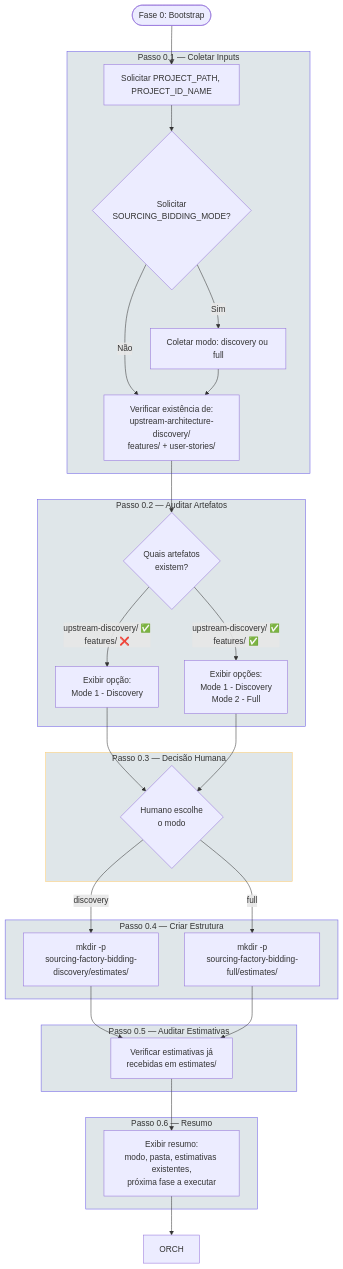
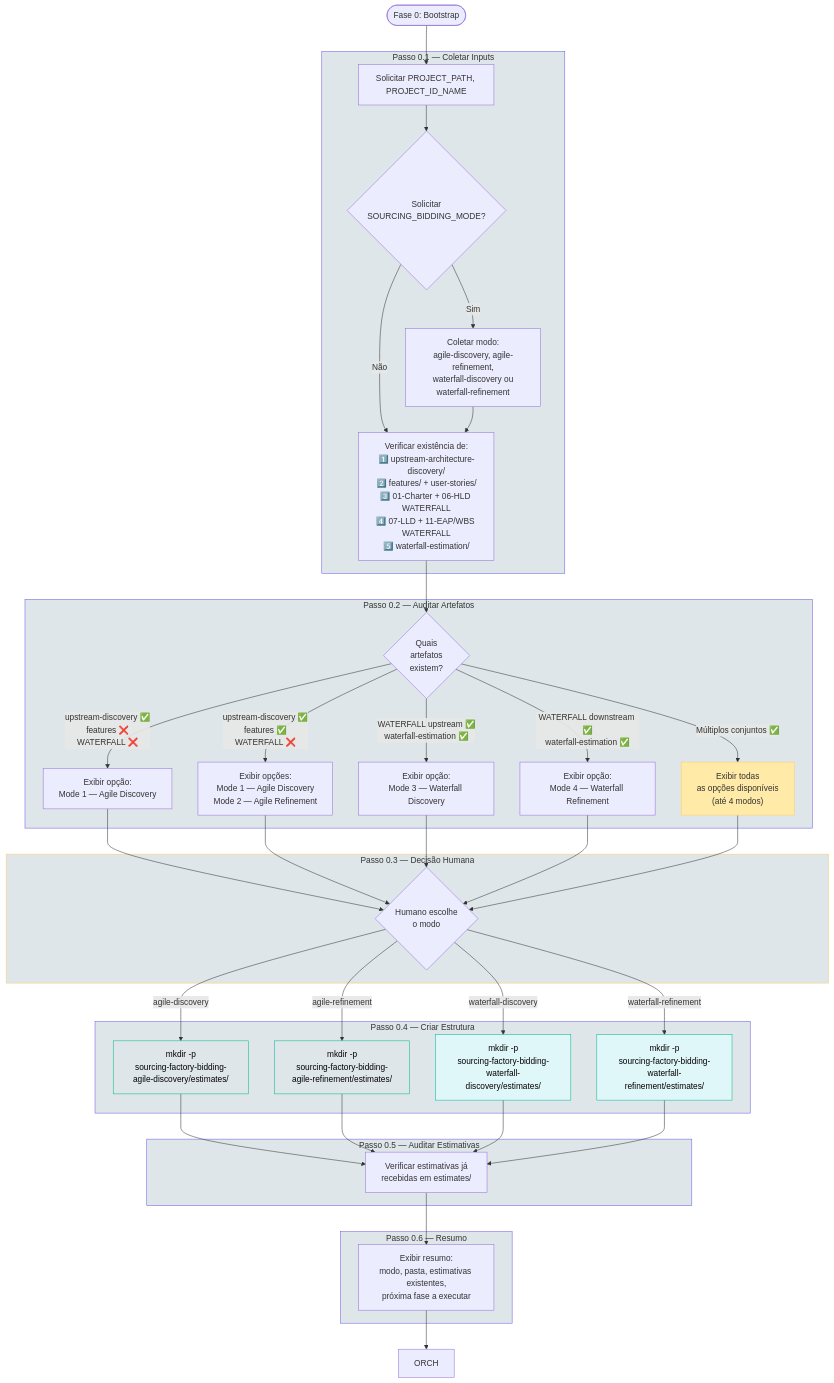
Before and after one commit to bolismar69/workspace-fbso: the second of 8 diagrams in .specs/prompts/sourcing-factory-bidding/FLOWCHART-PROMPT-ROADMAP-GENERATE-SOURCING-FACTORY-BIDDING.md, drawn with Mermaid. The commit also changed other lines of this file and 129 other files, not shown here.

````diff
--- a/.specs/prompts/sourcing-factory-bidding/FLOWCHART-PROMPT-ROADMAP-GENERATE-SOURCING-FACTORY-BIDDING.md
+++ b/.specs/prompts/sourcing-factory-bidding/FLOWCHART-PROMPT-ROADMAP-GENERATE-SOURCING-FACTORY-BIDDING.md
@@ -76,46 +85,62 @@
 ```mermaid
 flowchart TD
     F0_START([Fase 0: Bootstrap]) --> F0_1
 
     subgraph PASSO_01[Passo 0.1 — Coletar Inputs]
         F0_1[Solicitar PROJECT_PATH, PROJECT_ID_NAME] --> F0_1_OPT{Solicitar<br/>SOURCING_BIDDING_MODE?}
-        F0_1_OPT -->|Sim| F0_1_MODE[Coletar modo: discovery ou full]
+        F0_1_OPT -->|Sim| F0_1_MODE[Coletar modo:<br/>agile-discovery, agile-refinement,<br/>waterfall-discovery ou<br/>waterfall-refinement]
         F0_1_OPT -->|Não| F0_2
         F0_1_MODE --> F0_2
     end
 
     subgraph PASSO_02[Passo 0.2 — Auditar Artefatos]
-        F0_2[Verificar existência de:<br/>upstream-architecture-discovery/<br/>features/ + user-stories/] --> F0_2_DEC{Quais artefatos<br/>existem?}
+        F0_2["Verificar existência de:<br/>1️⃣ upstream-architecture-discovery/<br/>2️⃣ features/ + user-stories/<br/>3️⃣ 01-Charter + 06-HLD WATERFALL<br/>4️⃣ 07-LLD + 11-EAP/WBS WATERFALL<br/>5️⃣ waterfall-estimation/"] --> F0_2_DEC{"Quais<br/>artefatos<br/>existem?"}
 
-        F0_2_DEC -->|"upstream-discovery/ ✅<br/>features/ ❌"| F0_3A[Exibir opção:<br/>Mode 1 - Discovery]
-        F0_2_DEC -->|"upstream-discovery/ ✅<br/>features/ ✅"| F0_3B[Exibir opções:<br/>Mode 1 - Discovery<br/>Mode 2 - Full]
+        F0_2_DEC -->|"upstream-discovery ✅<br/>features ❌<br/>WATERFALL ❌"| F0_3A["Exibir opção:<br/>Mode 1 — Agile Discovery"]
+        F0_2_DEC -->|"upstream-discovery ✅<br/>features ✅<br/>WATERFALL ❌"| F0_3B["Exibir opções:<br/>Mode 1 — Agile Discovery<br/>Mode 2 — Agile Refinement"]
+        F0_2_DEC -->|"WATERFALL upstream ✅<br/>waterfall-estimation ✅"| F0_3C["Exibir opção:<br/>Mode 3 — Waterfall Discovery"]
+        F0_2_DEC -->|"WATERFALL downstream ✅<br/>waterfall-estimation ✅"| F0_3D["Exibir opção:<br/>Mode 4 — Waterfall Refinement"]
+        F0_2_DEC -->|"Múltiplos conjuntos ✅"| F0_3E["Exibir todas<br/>as opções disponíveis<br/>(até 4 modos)"]
     end
 
     subgraph PASSO_03[Passo 0.3 — Decisão Humana]
         F0_3A --> F0_3_HUMAN{Humano escolhe<br/>o modo}
         F0_3B --> F0_3_HUMAN
+        F0_3C --> F0_3_HUMAN
+        F0_3D --> F0_3_HUMAN
+        F0_3E --> F0_3_HUMAN
     end
 
     subgraph PASSO_04[Passo 0.4 — Criar Estrutura]
-        F0_3_HUMAN -->|discovery| F0_4A[mkdir -p<br/>sourcing-factory-bidding-discovery/estimates/]
-        F0_3_HUMAN -->|full| F0_4B[mkdir -p<br/>sourcing-factory-bidding-full/estimates/]
+        F0_3_HUMAN -->|agile-discovery| F0_4A[mkdir -p<br/>sourcing-factory-bidding-agile-discovery/estimates/]
+        F0_3_HUMAN -->|agile-refinement| F0_4B[mkdir -p<br/>sourcing-factory-bidding-agile-refinement/estimates/]
+        F0_3_HUMAN -->|waterfall-discovery| F0_4C[mkdir -p<br/>sourcing-factory-bidding-waterfall-discovery/estimates/]
+        F0_3_HUMAN -->|waterfall-refinement| F0_4D[mkdir -p<br/>sourcing-factory-bidding-waterfall-refinement/estimates/]
     end
 
     subgraph PASSO_05[Passo 0.5 — Auditar Estimativas]
         F0_4A --> F0_5[Verificar estimativas já<br/>recebidas em estimates/]
         F0_4B --> F0_5
+        F0_4C --> F0_5
+        F0_4D --> F0_5
     end
 
     subgraph PASSO_06[Passo 0.6 — Resumo]
         F0_5 --> F0_6[Exibir resumo:<br/>modo, pasta, estimativas existentes,<br/>próxima fase a executar]
     end
 
     F0_6 --> ORCH
 
     style PASSO_01 fill:#dfe6e9,stroke:#6c5ce7
     style PASSO_02 fill:#dfe6e9,stroke:#6c5ce7
     style PASSO_03 fill:#dfe6e9,stroke:#fdcb6e
     style PASSO_04 fill:#dfe6e9,stroke:#6c5ce7
     style PASSO_05 fill:#dfe6e9,stroke:#6c5ce7
     style PASSO_06 fill:#dfe6e9,stroke:#6c5ce7
+    style F0_3E fill:#ffeaa7,stroke:#fdcb6e,color:#333
+    style F0_4A fill:#dfe6e9,stroke:#00b894,color:black
+    style F0_4B fill:#dfe6e9,stroke:#00b894,color:black
+    style F0_4C fill:#e0f7fa,stroke:#00b894,color:black
+    style F0_4D fill:#e0f7fa,stroke:#00b894,color:black
+
 ```
````
